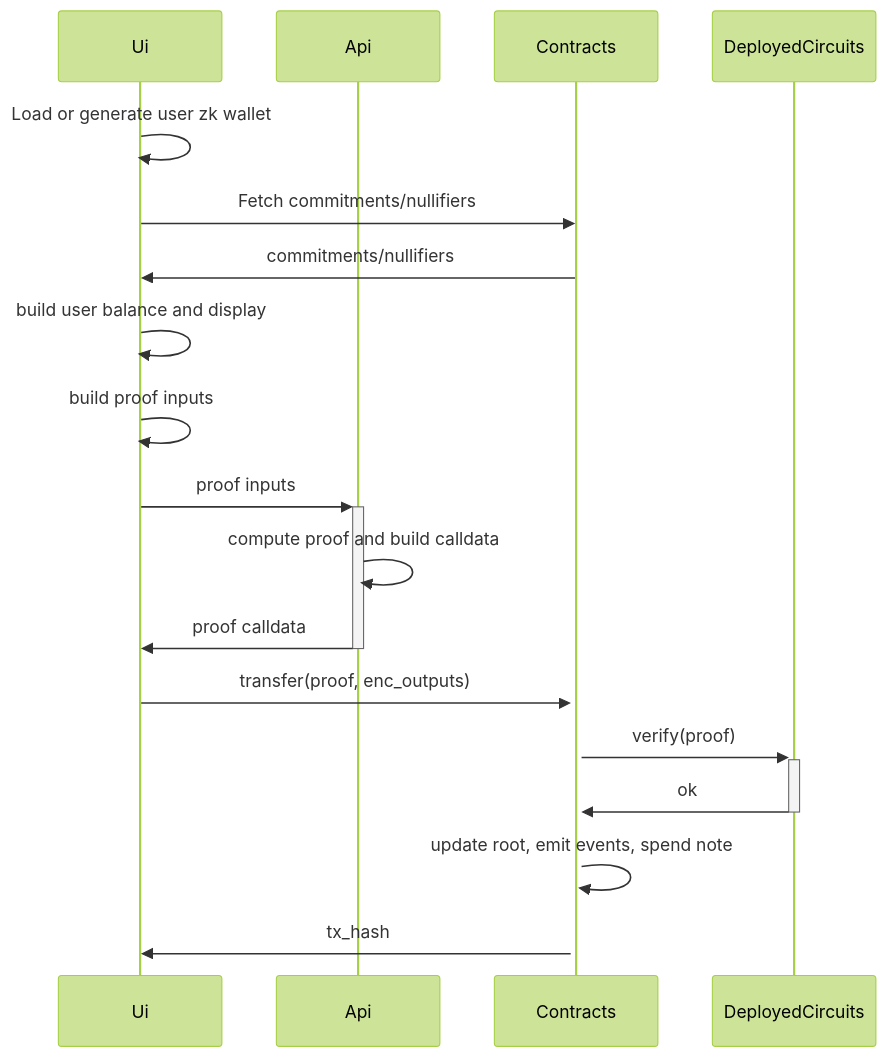
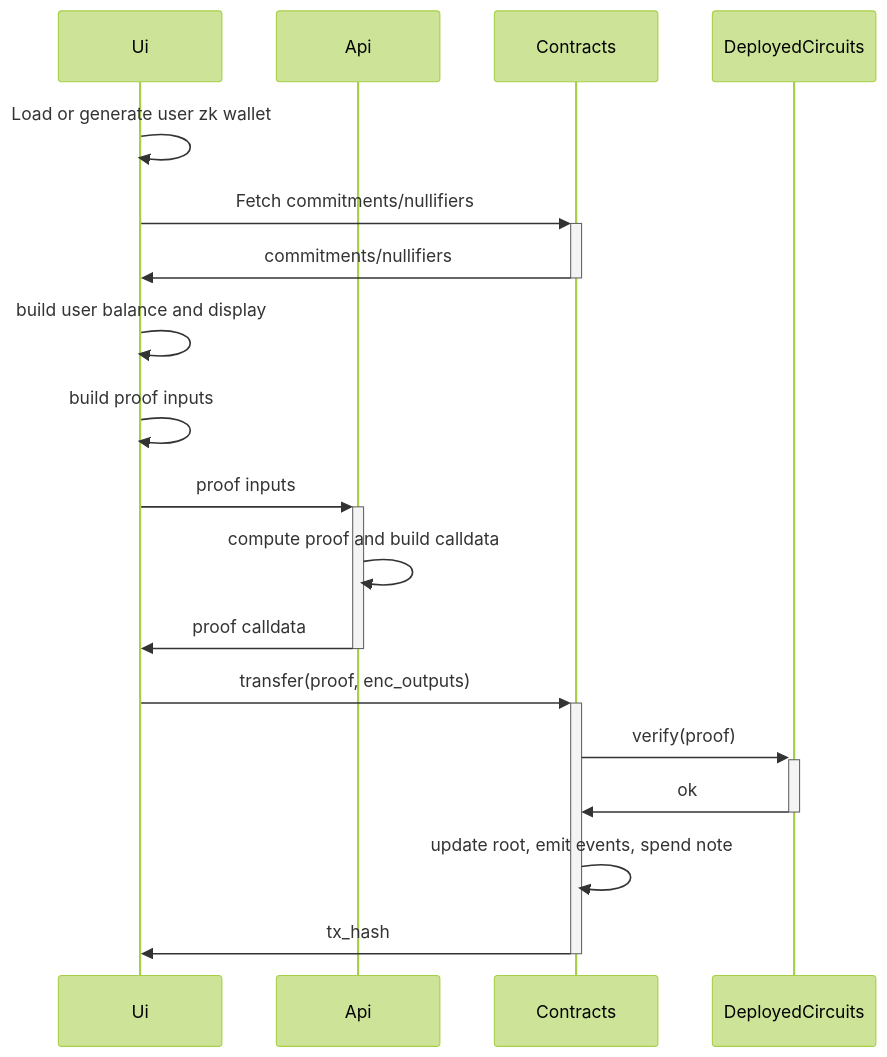
The third of 3 diagrams in README.md (wakeuplabs-io/starkware-private-erc20), drawn with Mermaid (forest theme) before and after one commit. The commit also changed other lines of this file, not shown here.

````diff
--- a/README.md
+++ b/README.md
@@ -146,28 +146,28 @@
 ```mermaid
 sequenceDiagram
     participant ui as Ui
     participant api as Api
     participant contracts as Contracts
     participant circuits as DeployedCircuits
 
     %% load wallet
     ui->>ui: Load or generate user zk wallet
 
     %% rebuild user balance
-    ui->>contracts: Fetch commitments/nullifiers
-    contracts->>ui: commitments/nullifiers
+    ui->>+contracts: Fetch commitments/nullifiers
+    contracts->>-ui: commitments/nullifiers
     ui->>ui: build user balance and display
 
     %% build proof 
     ui->>ui: build proof inputs
     ui->>+api: proof inputs
     api->>api: compute proof and build calldata
     api->>-ui: proof calldata
 
     %% call trasnfer
     ui->>+contracts: transfer(proof, enc_outputs)
     contracts->>+circuits: verify(proof)
     circuits->>-contracts: ok
     contracts->>contracts: update root, emit events, spend note
-    contracts->>ui: tx_hash
+    contracts->>-ui: tx_hash
 ```
````
